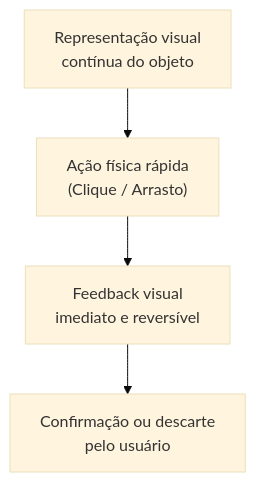
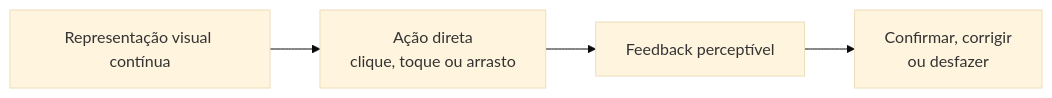
Before and after one commit to leorruas/puc: the diagram in 08. Design de Interacao/16. Interfaces gráficas - paradigma wimp, manipulação direta e reconhecer em vez de recordar.md, drawn with Mermaid (base theme). The commit also changed other lines of this file, not shown here.

````diff
--- a/08. Design de Interacao/16. Interfaces gráficas - paradigma wimp, manipulação direta e reconhecer em vez de recordar.md
+++ b/08. Design de Interacao/16. Interfaces gráficas - paradigma wimp, manipulação direta e reconhecer em vez de recordar.md
@@ -61,6 +60,11 @@
 ```mermaid
-flowchart TD
-    Objeto["Representação visual<br>contínua do objeto"] --> Ação["Ação física rápida<br>(Clique / Arrasto)"]
-    Ação --> Feedback["Feedback visual<br>imediato e reversível"]
-    Feedback --> Ajuste["Confirmação ou descarte<br>pelo usuário"]
+flowchart LR
+    Objeto["Representação visual contínua"]:::external
+    Acao["Ação direta<br>clique, toque ou arrasto"]:::core
+    Feedback["Feedback perceptível"]:::component
+    Ajuste["Confirmar, corrigir<br>ou desfazer"]:::data
+
+    Objeto --> Acao
+    Acao --> Feedback
+    Feedback --> Ajuste
 ```
````
